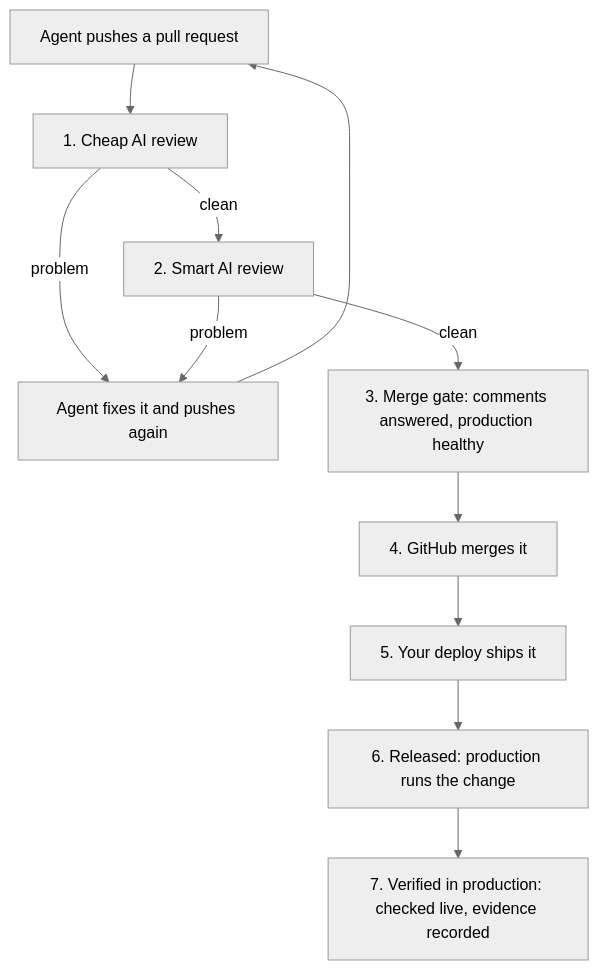
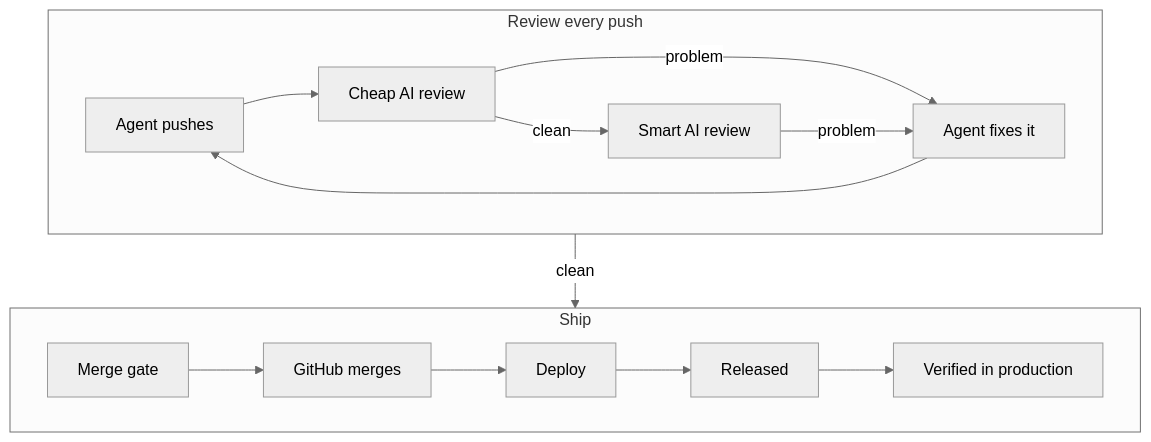
Before and after one commit to nick-the-dev/gh-sheriff: the diagram in README.md, drawn with Mermaid (neutral theme). The commit also changed other lines of this file, not shown here.

Commit message:
docs: a compact README with a horizontal diagram; Sheriff is built on GitHub Issues and Projects

````diff
--- a/README.md
+++ b/README.md
@@ -58,13 +28,15 @@
 ```mermaid
-flowchart TD
-    A["Agent pushes a pull request"] --> B["1. Cheap AI review"]
-    B -->|clean| C["2. Smart AI review"]
-    B -->|problem| X["Agent fixes it and pushes again"]
-    C -->|problem| X
-    X --> A
-    C -->|clean| D["3. Merge gate: comments answered, production healthy"]
-    D --> E["4. GitHub merges it"]
-    E --> F["5. Your deploy ships it"]
-    F --> G["6. Released: production runs the change"]
-    G --> H["7. Verified in production: checked live, evidence recorded"]
+flowchart TB
+    subgraph REVIEW["Review every push"]
+        direction LR
+        A["Agent pushes"] --> B["Cheap AI review"] -->|clean| C["Smart AI review"]
+        B -->|problem| X["Agent fixes it"]
+        C -->|problem| X
+        X --> A
+    end
+    subgraph SHIP["Ship"]
+        direction LR
+        D["Merge gate"] --> E["GitHub merges"] --> F["Deploy"] --> G["Released"] --> H["Verified in production"]
+    end
+    REVIEW -->|clean| SHIP
 ```
````
